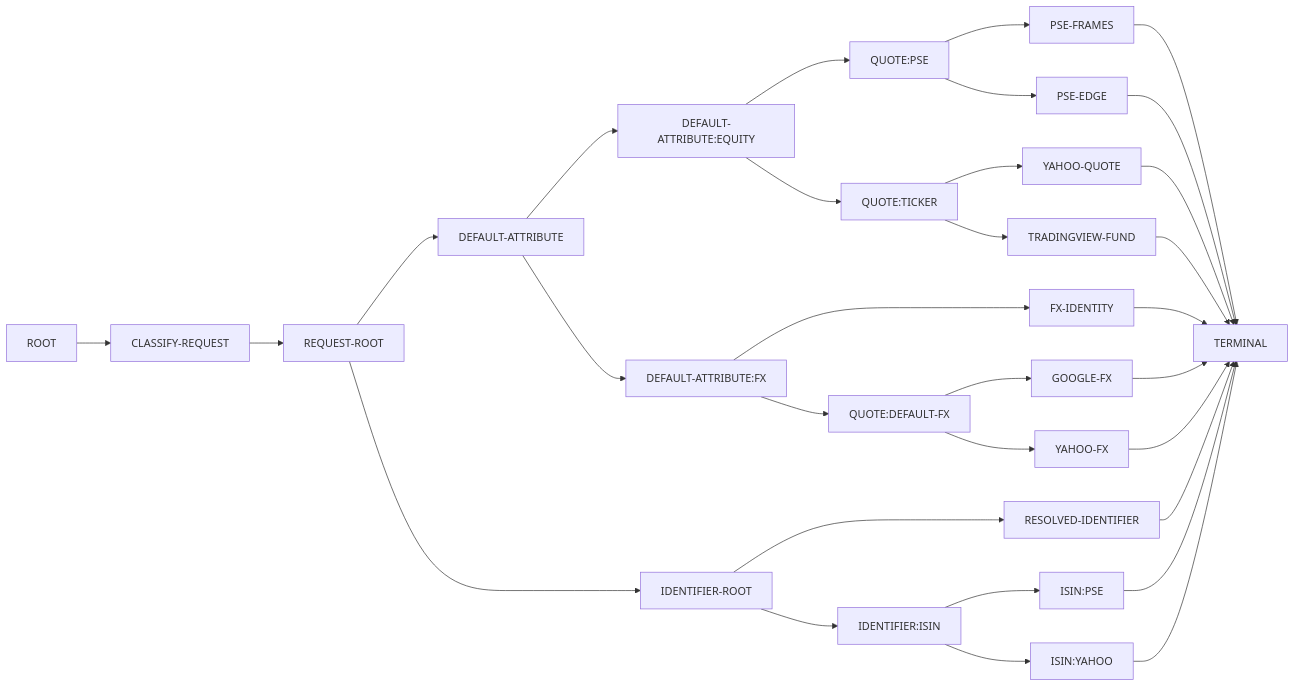
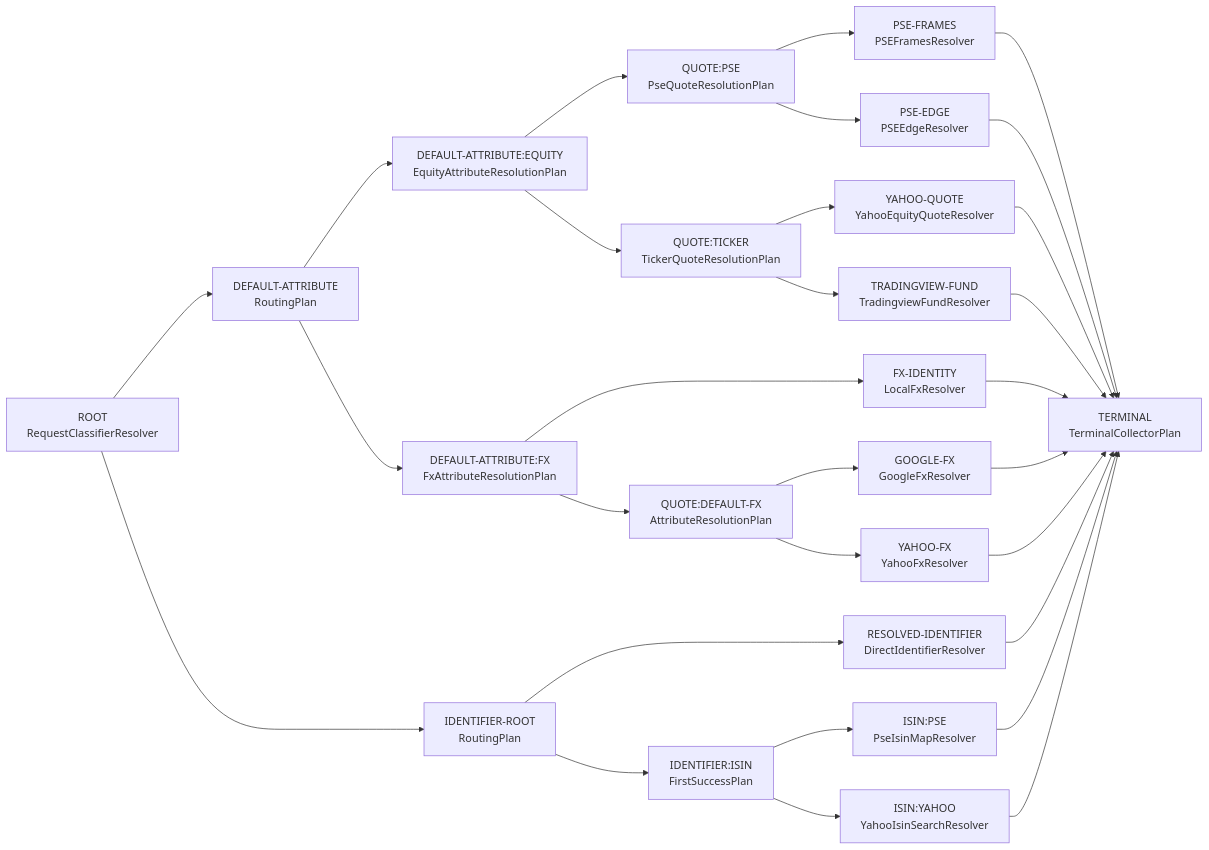
The first of 3 diagrams in docs/design/routing/execution-graph-compilation.md (omry/hoodlefinance), drawn with Mermaid before and after one commit. The commit also changed other lines of this file and 16 other files, not shown here.

Commit message:
WIP: make ROOT the real request classifier

````diff
--- a/docs/design/routing/execution-graph-compilation.md
+++ b/docs/design/routing/execution-graph-compilation.md
@@ -145,55 +145,51 @@
 ```mermaid
 flowchart LR
-  N0["ROOT"]
-  N1["CLASSIFY-REQUEST"]
-  N2["REQUEST-ROOT"]
-  N3["DEFAULT-ATTRIBUTE"]
-  N4["IDENTIFIER-ROOT"]
-  N5["DEFAULT-ATTRIBUTE:EQUITY"]
-  N6["DEFAULT-ATTRIBUTE:FX"]
-  N7["RESOLVED-IDENTIFIER"]
-  N8["IDENTIFIER:ISIN"]
-  N9["QUOTE:PSE"]
-  N10["QUOTE:TICKER"]
-  N11["FX-IDENTITY"]
-  N12["QUOTE:DEFAULT-FX"]
-  N13["ISIN:PSE"]
-  N14["ISIN:YAHOO"]
-  N15["PSE-FRAMES"]
-  N16["PSE-EDGE"]
-  N17["YAHOO-QUOTE"]
-  N18["TRADINGVIEW-FUND"]
-  N19["GOOGLE-FX"]
-  N20["YAHOO-FX"]
-  N21["TERMINAL"]
+  N0["ROOT<br/>RequestClassifierResolver"]
+  N1["DEFAULT-ATTRIBUTE<br/>RoutingPlan"]
+  N2["IDENTIFIER-ROOT<br/>RoutingPlan"]
+  N3["DEFAULT-ATTRIBUTE:EQUITY<br/>EquityAttributeResolutionPlan"]
+  N4["DEFAULT-ATTRIBUTE:FX<br/>FxAttributeResolutionPlan"]
+  N5["RESOLVED-IDENTIFIER<br/>DirectIdentifierResolver"]
+  N6["IDENTIFIER:ISIN<br/>FirstSuccessPlan"]
+  N7["QUOTE:PSE<br/>PseQuoteResolutionPlan"]
+  N8["QUOTE:TICKER<br/>TickerQuoteResolutionPlan"]
+  N9["FX-IDENTITY<br/>LocalFxResolver"]
+  N10["QUOTE:DEFAULT-FX<br/>AttributeResolutionPlan"]
+  N11["ISIN:PSE<br/>PseIsinMapResolver"]
+  N12["ISIN:YAHOO<br/>YahooIsinSearchResolver"]
+  N13["PSE-FRAMES<br/>PSEFramesResolver"]
+  N14["PSE-EDGE<br/>PSEEdgeResolver"]
+  N15["YAHOO-QUOTE<br/>YahooEquityQuoteResolver"]
+  N16["TRADINGVIEW-FUND<br/>TradingviewFundResolver"]
+  N17["GOOGLE-FX<br/>GoogleFxResolver"]
+  N18["YAHOO-FX<br/>YahooFxResolver"]
+  N19["TERMINAL<br/>TerminalCollectorPlan"]
   N0 --> N1
-  N1 --> N2
-  N2 --> N3
-  N2 --> N4
-  N3 --> N5
-  N3 --> N6
-  N4 --> N7
-  N4 --> N8
-  N5 --> N9
-  N5 --> N10
+  N0 --> N2
+  N1 --> N3
+  N1 --> N4
+  N2 --> N5
+  N2 --> N6
+  N3 --> N7
+  N3 --> N8
+  N4 --> N9
+  N4 --> N10
+  N5 --> N19
   N6 --> N11
   N6 --> N12
-  N7 --> N21
-  N8 --> N13
-  N8 --> N14
-  N9 --> N15
-  N9 --> N16
+  N7 --> N13
+  N7 --> N14
+  N8 --> N15
+  N8 --> N16
+  N9 --> N19
   N10 --> N17
   N10 --> N18
-  N11 --> N21
+  N11 --> N19
   N12 --> N19
-  N12 --> N20
-  N13 --> N21
-  N14 --> N21
-  N15 --> N21
-  N16 --> N21
-  N17 --> N21
-  N18 --> N21
-  N19 --> N21
-  N20 --> N21
+  N13 --> N19
+  N14 --> N19
+  N15 --> N19
+  N16 --> N19
+  N17 --> N19
+  N18 --> N19
 ```
````
